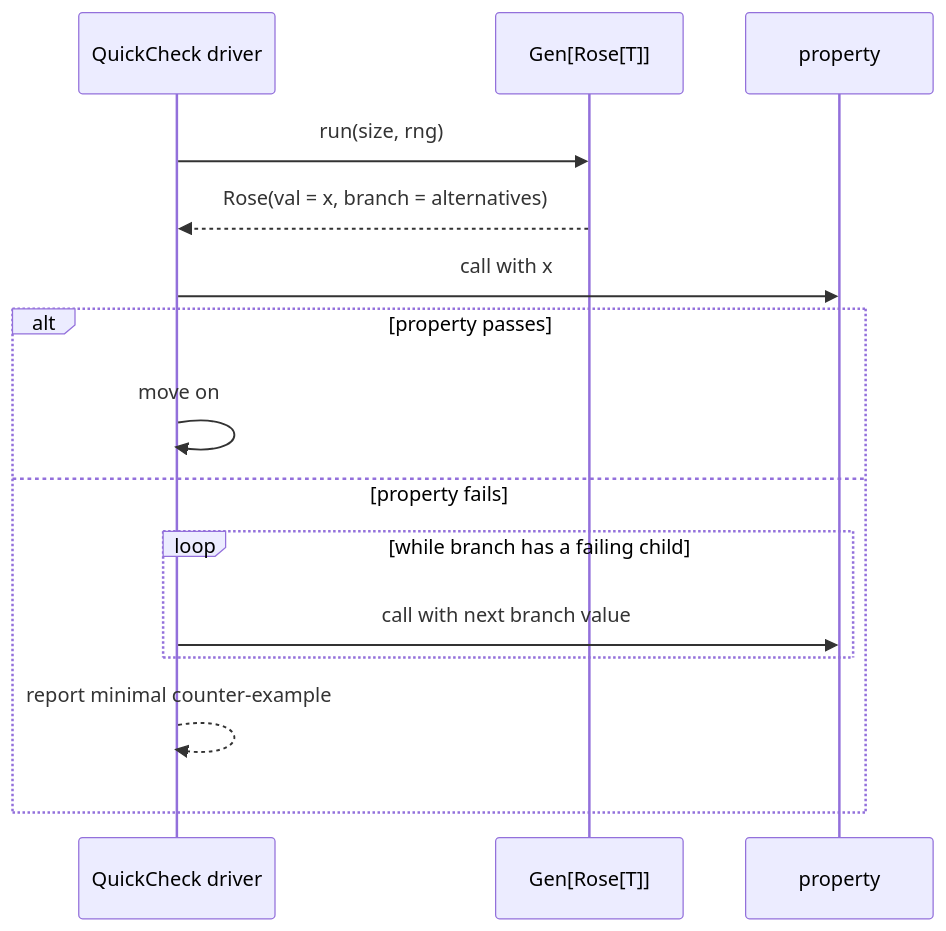
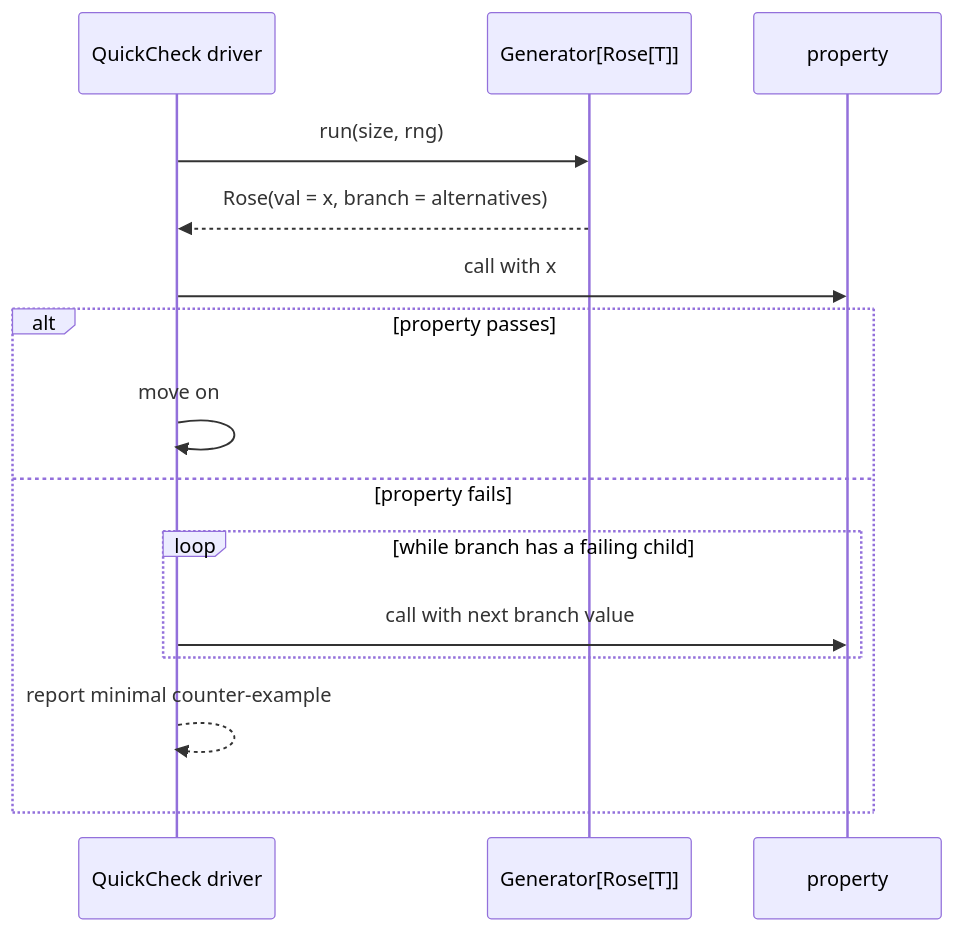
Before and after one commit to moonbitlang/quickcheck: the third of 3 diagrams in src/internal/rose/README.mbt.md, drawn with Mermaid. The commit also changed other lines of this file and 47 other files, not shown here.

````diff
--- a/src/internal/rose/README.mbt.md
+++ b/src/internal/rose/README.mbt.md
@@ -374,17 +375,17 @@
 ```mermaid
 sequenceDiagram
   participant QC as QuickCheck driver
-  participant G as Gen[Rose[T]]
+  participant G as Generator[Rose[T]]
   participant Prop as property
   QC->>G: run(size, rng)
   G-->>QC: Rose(val = x, branch = alternatives)
   QC->>Prop: call with x
   alt property passes
     QC->>QC: move on
   else property fails
     loop while branch has a failing child
       QC->>Prop: call with next branch value
     end
     QC-->>QC: report minimal counter-example
   end
 ```
````
